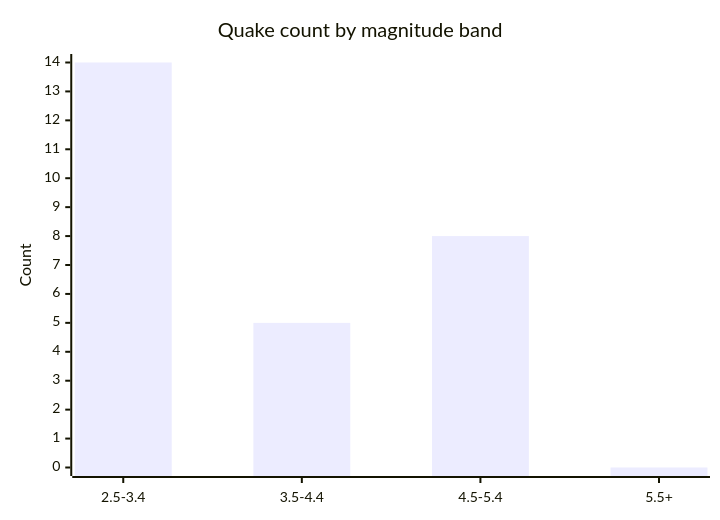
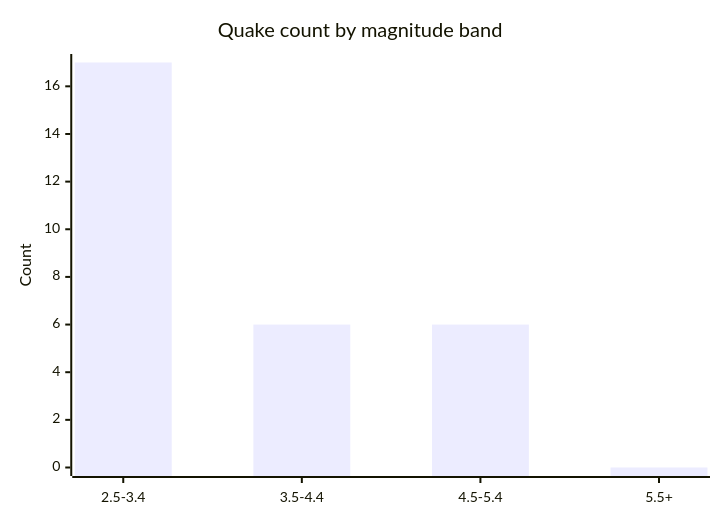
The fifth of 6 diagrams in docs/GRAPHS.md (Midwest-Stratospheric/aerostratospheric-defense-gir), drawn with Mermaid before and after one commit. The commit also changed other lines of this file and 26 other files, not shown here.

````diff
--- a/docs/GRAPHS.md
+++ b/docs/GRAPHS.md
@@ -82,7 +82,7 @@
 ```mermaid
 xychart-beta
   title "Quake count by magnitude band"
   x-axis ["2.5-3.4", "3.5-4.4", "4.5-5.4", "5.5+"]
-  y-axis "Count" 0 --> 14
-  bar [14, 5, 8, 0]
+  y-axis "Count" 0 --> 17
+  bar [17, 6, 6, 0]
 ```
````
